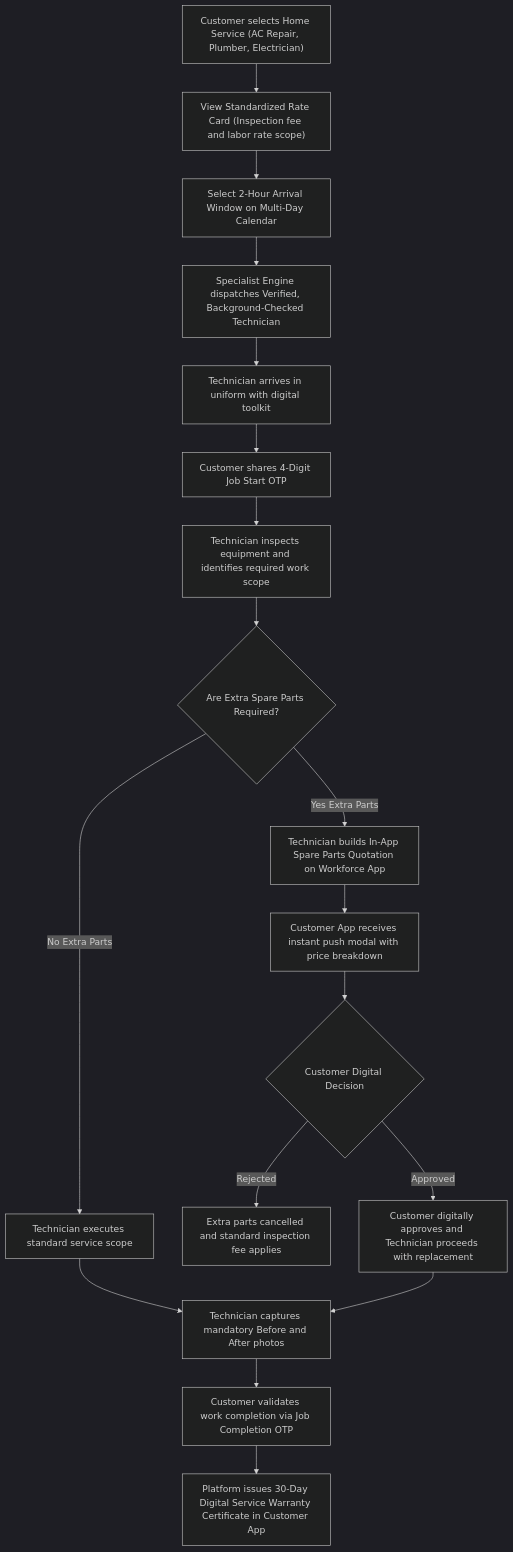
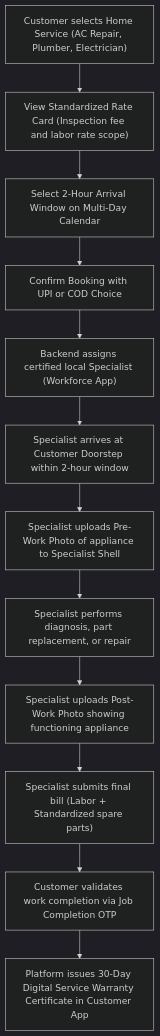
One commit to programmerfiroz/all-in-one changed the ninth of 13 diagrams in docs/06_visual_hierarchy_and_flows/high_level_visual_hierarchy.md. Above: the diagram before and after it, drawn with Mermaid (dark theme). The commit also changed other lines of this file and 1 other file, not shown here.

Commit message:
docs: implement master visual hierarchy and complete system flow blueprint (VHB-IND-V1.2)

````diff
--- a/docs/06_visual_hierarchy_and_flows/high_level_visual_hierarchy.md
+++ b/docs/06_visual_hierarchy_and_flows/high_level_visual_hierarchy.md
@@ -407,27 +388,16 @@
 ```mermaid
 flowchart TD
     SelectService["Customer selects Home Service (AC Repair, Plumber, Electrician)"] --> RateCard["View Standardized Rate Card (Inspection fee and labor rate scope)"]
     RateCard --> SlotSelect["Select 2-Hour Arrival Window on Multi-Day Calendar"]
-    SlotSelect --> TechAssign["Specialist Engine dispatches Verified, Background-Checked Technician"]
+    SlotSelect --> BookService["Confirm Booking with UPI or COD Choice"]
     
-    TechAssign --> TechArrival["Technician arrives in uniform with digital toolkit"]
-    TechArrival --> StartJob["Customer shares 4-Digit Job Start OTP"]
-    StartJob --> Inspection["Technician inspects equipment and identifies required work scope"]
+    BookService --> SpecialistMatch["Backend assigns certified local Specialist (Workforce App)"]
+    SpecialistMatch --> Arrive["Specialist arrives at Customer Doorstep within 2-hour window"]
+    Arrive --> PrePhoto["Specialist uploads Pre-Work Photo of appliance to Specialist Shell"]
+    PrePhoto --> ExecuteJob["Specialist performs diagnosis, part replacement, or repair"]
+    ExecuteJob --> PostPhoto["Specialist uploads Post-Work Photo showing functioning appliance"]
     
-    Inspection --> ExtraPartsCheck{"Are Extra Spare Parts Required?"}
-    
-    ExtraPartsCheck -->|No Extra Parts| StandardWork["Technician executes standard service scope"]
-    
-    ExtraPartsCheck -->|Yes Extra Parts| DigitalQuote["Technician builds In-App Spare Parts Quotation on Workforce App"]
-    DigitalQuote --> PushPrompt["Customer App receives instant push modal with price breakdown"]
-    PushPrompt --> CustApproval{"Customer Digital Decision"}
-    
-    CustApproval -->|Rejected| AbortExtra["Extra parts cancelled and standard inspection fee applies"]
-    CustApproval -->|Approved| ResumeWork["Customer digitally approves and Technician proceeds with replacement"]
-    
-    StandardWork --> PhotoQC["Technician captures mandatory Before and After photos"]
-    ResumeWork --> PhotoQC
-    
-    PhotoQC --> FinishOTP["Customer validates work completion via Job Completion OTP"]
+    PostPhoto --> BillSummary["Specialist submits final bill (Labor + Standardized spare parts)"]
+    BillSummary --> FinishOTP["Customer validates work completion via Job Completion OTP"]
     FinishOTP --> Warranty["Platform issues 30-Day Digital Service Warranty Certificate in Customer App"]
 ```
````
